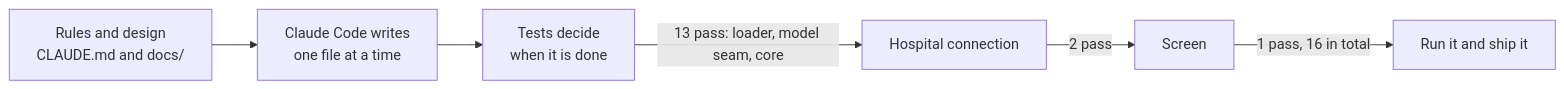
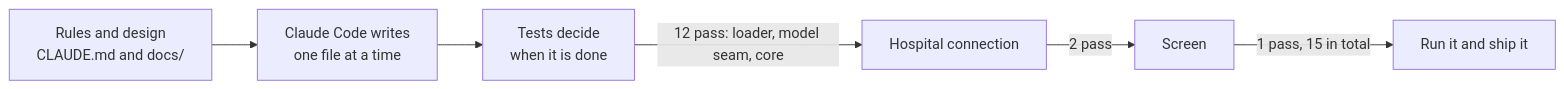
The diagram in README.md (yashprogrammer/cityforward-poc-claude-code), drawn with Mermaid before and after one commit. The commit also changed other lines of this file and 5 other files, not shown here.

````diff
--- a/README.md
+++ b/README.md
@@ -11,8 +11,8 @@
 ```mermaid
 flowchart LR
     A["Rules and design<br/>CLAUDE.md and docs/"] --> B["Claude Code writes<br/>one file at a time"]
     B --> C["Tests decide<br/>when it is done"]
-    C -->|"13 pass: loader, model seam, core"| D["Hospital connection"]
+    C -->|"12 pass: loader, model seam, core"| D["Hospital connection"]
     D -->|"2 pass"| E["Screen"]
-    E -->|"1 pass, 16 in total"| F["Run it and ship it"]
+    E -->|"1 pass, 15 in total"| F["Run it and ship it"]
 ```
````
